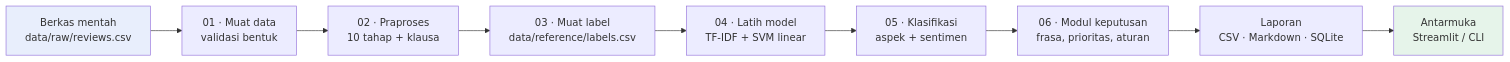
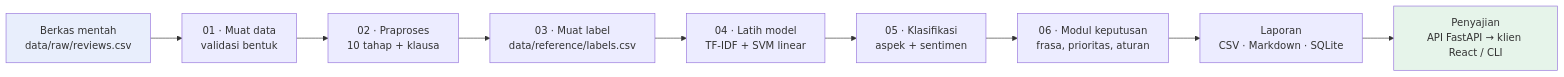
One commit to Badiii098/restaurant-review-analytics changed the diagram in docs/ALUR.md. Above: the diagram before and after it, drawn with Mermaid. The commit also changed 8 other files, not shown here.

````diff
--- a/docs/ALUR.md
+++ b/docs/ALUR.md
@@ -9,14 +9,14 @@
 ```mermaid
 flowchart LR
     A["Berkas mentah<br/>data/raw/reviews.csv"] --> B["01 · Muat data<br/>validasi bentuk"]
     B --> C["02 · Praproses<br/>10 tahap + klausa"]
     C --> D["03 · Muat label<br/>data/reference/labels.csv"]
     D --> E["04 · Latih model<br/>TF-IDF + SVM linear"]
     E --> F["05 · Klasifikasi<br/>aspek + sentimen"]
     F --> G["06 · Modul keputusan<br/>frasa, prioritas, aturan"]
     G --> H["Laporan<br/>CSV · Markdown · SQLite"]
-    H --> I["Antarmuka<br/>Streamlit / CLI"]
+    H --> I["Penyajian<br/>API FastAPI → klien React / CLI"]
 
     style A fill:#e8eefc
     style I fill:#e6f4ea
 ```
````
